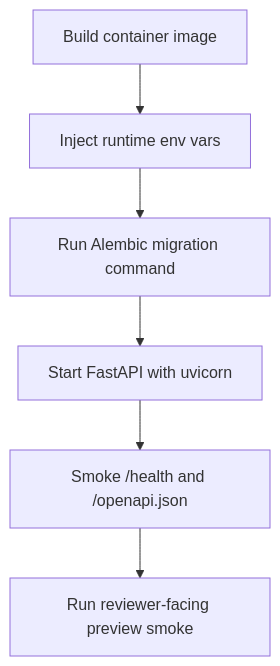
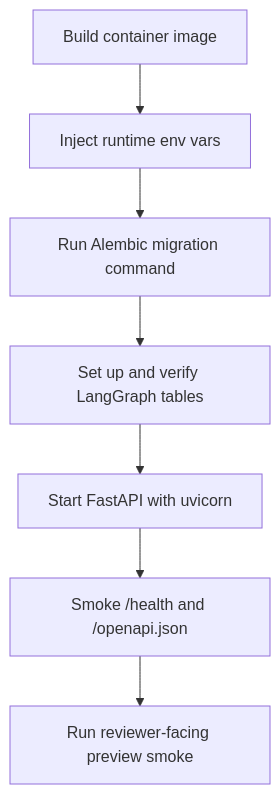
Before and after one commit to heecheon92/my-agents: the diagram in docs/product-chat-service/en/13-generic-container-deployment-path.md, drawn with Mermaid. The commit also changed other lines of this file and 7 other files, not shown here.

````diff
--- a/docs/product-chat-service/en/13-generic-container-deployment-path.md
+++ b/docs/product-chat-service/en/13-generic-container-deployment-path.md
@@ -30,8 +30,9 @@
 ```mermaid
 flowchart TD
     Build["Build container image"] --> Env["Inject runtime env vars"]
     Env --> Migrate["Run Alembic migration command"]
-    Migrate --> Start["Start FastAPI with uvicorn"]
+    Migrate --> Persistence["Set up and verify LangGraph tables"]
+    Persistence --> Start["Start FastAPI with uvicorn"]
     Start --> Smoke["Smoke /health and /openapi.json"]
     Smoke --> Demo["Run reviewer-facing preview smoke"]
 ```
````
